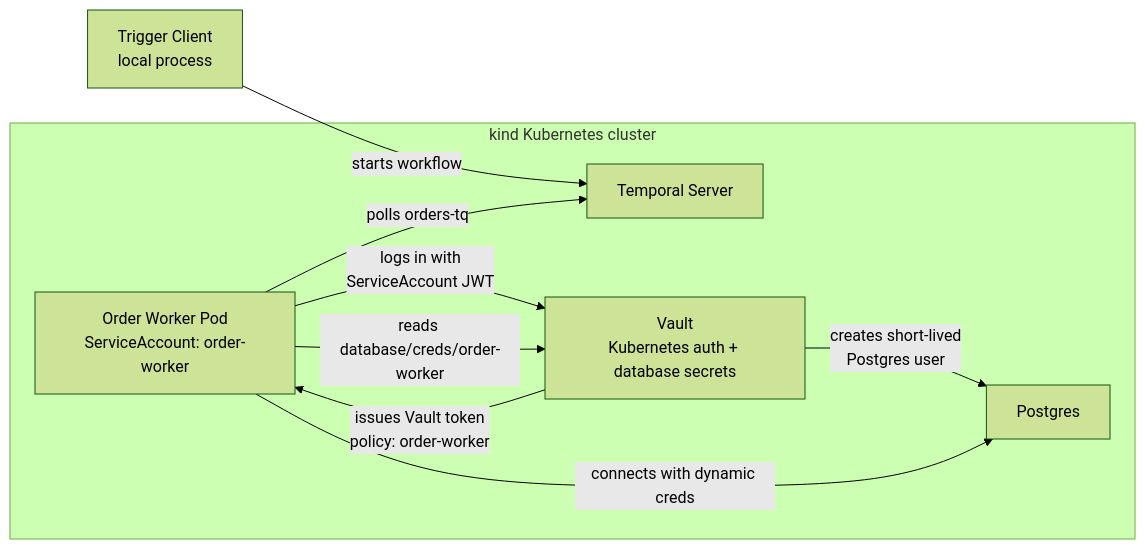
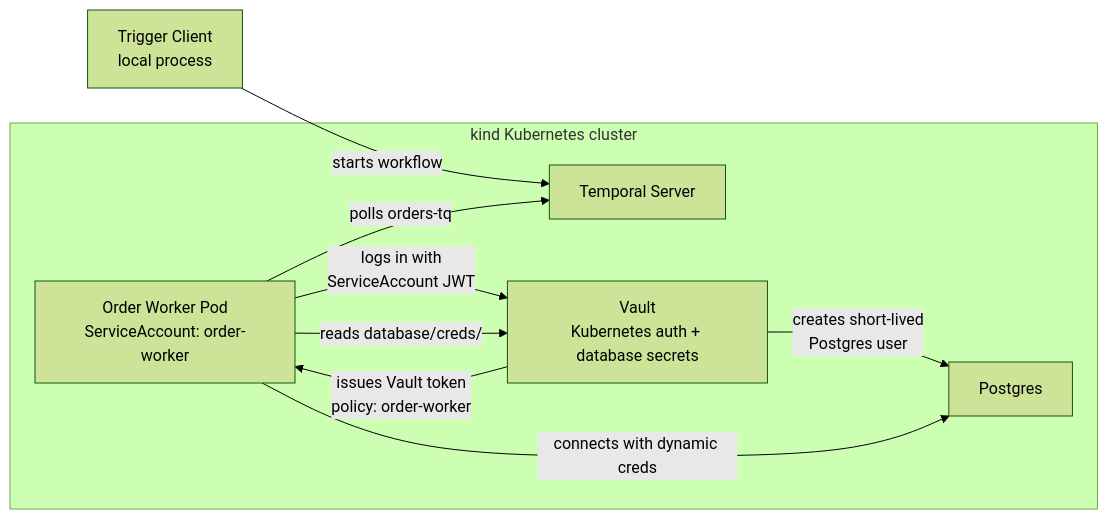
The diagram in docs/milestone-3.md (kaparora/temporal-vault-k8s-local-demo), drawn with Mermaid (forest theme) before and after one commit. The commit also changed other lines of this file and 21 other files, not shown here.

````diff
--- a/docs/milestone-3.md
+++ b/docs/milestone-3.md
@@ -41,18 +41,18 @@
 ```mermaid
 flowchart LR
     trigger["Trigger Client\nlocal process"] -->|"starts workflow"| temporal
 
     subgraph k8s["kind Kubernetes cluster"]
         temporal["Temporal Server"]
         worker["Order Worker Pod\nServiceAccount: order-worker"]
         vault["Vault\nKubernetes auth + database secrets"]
         postgres["Postgres"]
     end
 
     worker -->|"polls orders-tq"| temporal
     worker -->|"logs in with\nServiceAccount JWT"| vault
     vault -->|"issues Vault token\npolicy: order-worker"| worker
-    worker -->|"reads database/creds/order-worker"| vault
+    worker -->|"reads database/creds/<role>"| vault
     vault -->|"creates short-lived\nPostgres user"| postgres
     worker -->|"connects with dynamic creds"| postgres
 ```
````
